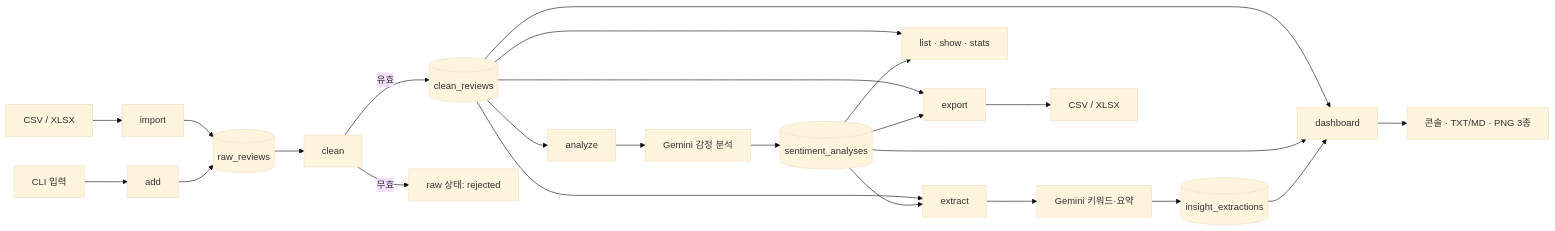
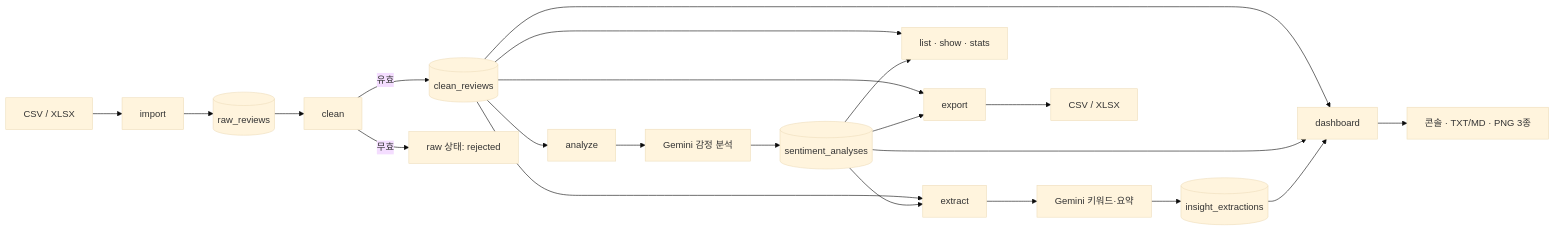
Before and after one commit to 42yk/inno: the first of 2 diagrams in A2-3/docs/data-flow.md, drawn with Mermaid (base theme). The commit also changed other lines of this file and 90 other files, not shown here.

````diff
--- a/A2-3/docs/data-flow.md
+++ b/A2-3/docs/data-flow.md
@@ -11,32 +12,30 @@
 ```mermaid
 flowchart LR
     CSV["CSV / XLSX"] --> IMPORT["import"]
-    MANUAL["CLI 입력"] --> ADD["add"]
     IMPORT --> RAW[("raw_reviews")]
-    ADD --> RAW
 
     RAW --> CLEAN_CMD["clean"]
     CLEAN_CMD -->|"유효"| CLEAN[("clean_reviews")]
     CLEAN_CMD -->|"무효"| REJECTED["raw 상태: rejected"]
 
     CLEAN --> ANALYZE["analyze"]
     ANALYZE --> GEMINI1["Gemini 감정 분석"]
     GEMINI1 --> SENTIMENT[("sentiment_analyses")]
 
     CLEAN --> EXTRACT["extract"]
     SENTIMENT --> EXTRACT
     EXTRACT --> GEMINI2["Gemini 키워드·요약"]
     GEMINI2 --> INSIGHT[("insight_extractions")]
 
     CLEAN --> QUERY["list · show · stats"]
     SENTIMENT --> QUERY
 
     CLEAN --> DASHBOARD["dashboard"]
     SENTIMENT --> DASHBOARD
     INSIGHT --> DASHBOARD
     DASHBOARD --> REPORT["콘솔 · TXT/MD · PNG 3종"]
 
     CLEAN --> EXPORT["export"]
     SENTIMENT --> EXPORT
     EXPORT --> FILE_OUT["CSV / XLSX"]
 ```
````
